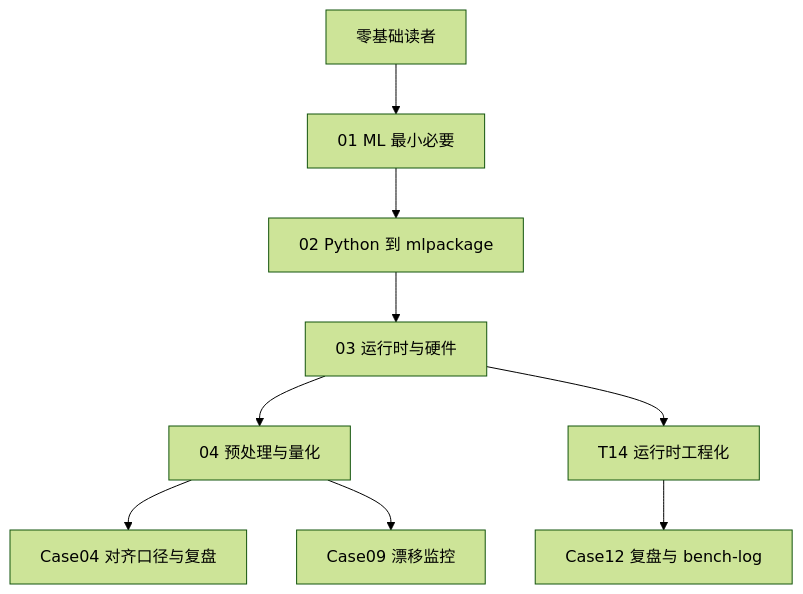
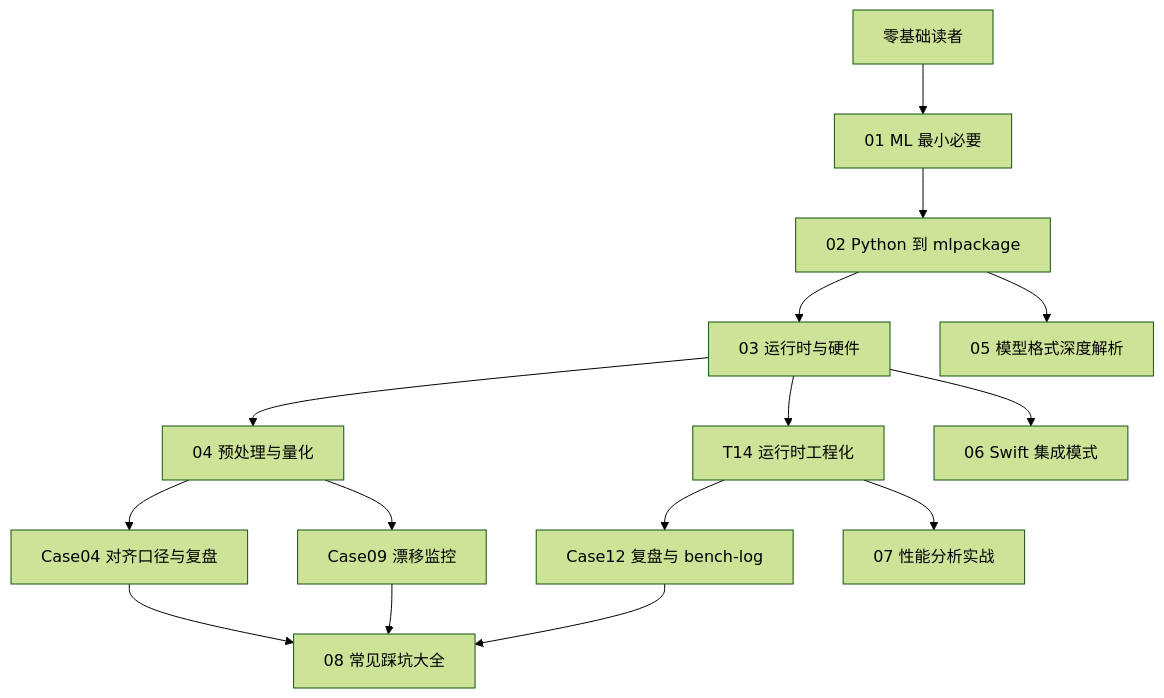
Before and after one commit to tangzzz-fan/axilab_pipeline: the diagram in algo-engineering-lab/docs/09-CoreML入门/00-导读.md, drawn with Mermaid (forest theme). The commit also changed other lines of this file and 16 other files, not shown here.

````diff
--- a/algo-engineering-lab/docs/09-CoreML入门/00-导读.md
+++ b/algo-engineering-lab/docs/09-CoreML入门/00-导读.md
@@ -25,11 +29,17 @@
 ```mermaid
 flowchart TB
   start[零基础读者] --> ml[01 ML 最小必要]
   ml --> py[02 Python 到 mlpackage]
   py --> rt[03 运行时与硬件]
   rt --> prep[04 预处理与量化]
   prep --> case04[Case04 对齐口径与复盘]
   rt --> t14[T14 运行时工程化]
   t14 --> case12[Case12 复盘与 bench-log]
   prep --> case09[Case09 漂移监控]
+  py --> fmt[05 模型格式深度解析]
+  rt --> swift[06 Swift 集成模式]
+  t14 --> perf[07 性能分析实战]
+  case04 --> faq[08 常见踩坑大全]
+  case09 --> faq
+  case12 --> faq
 ```
````
